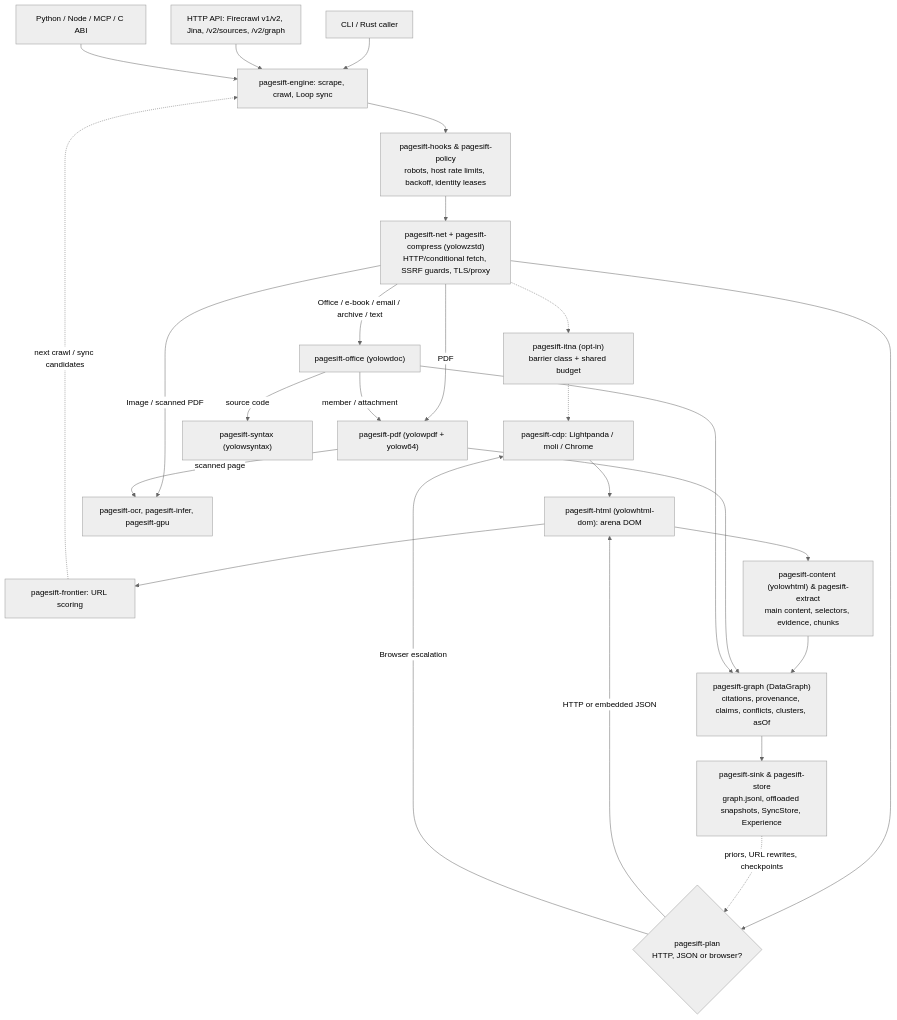
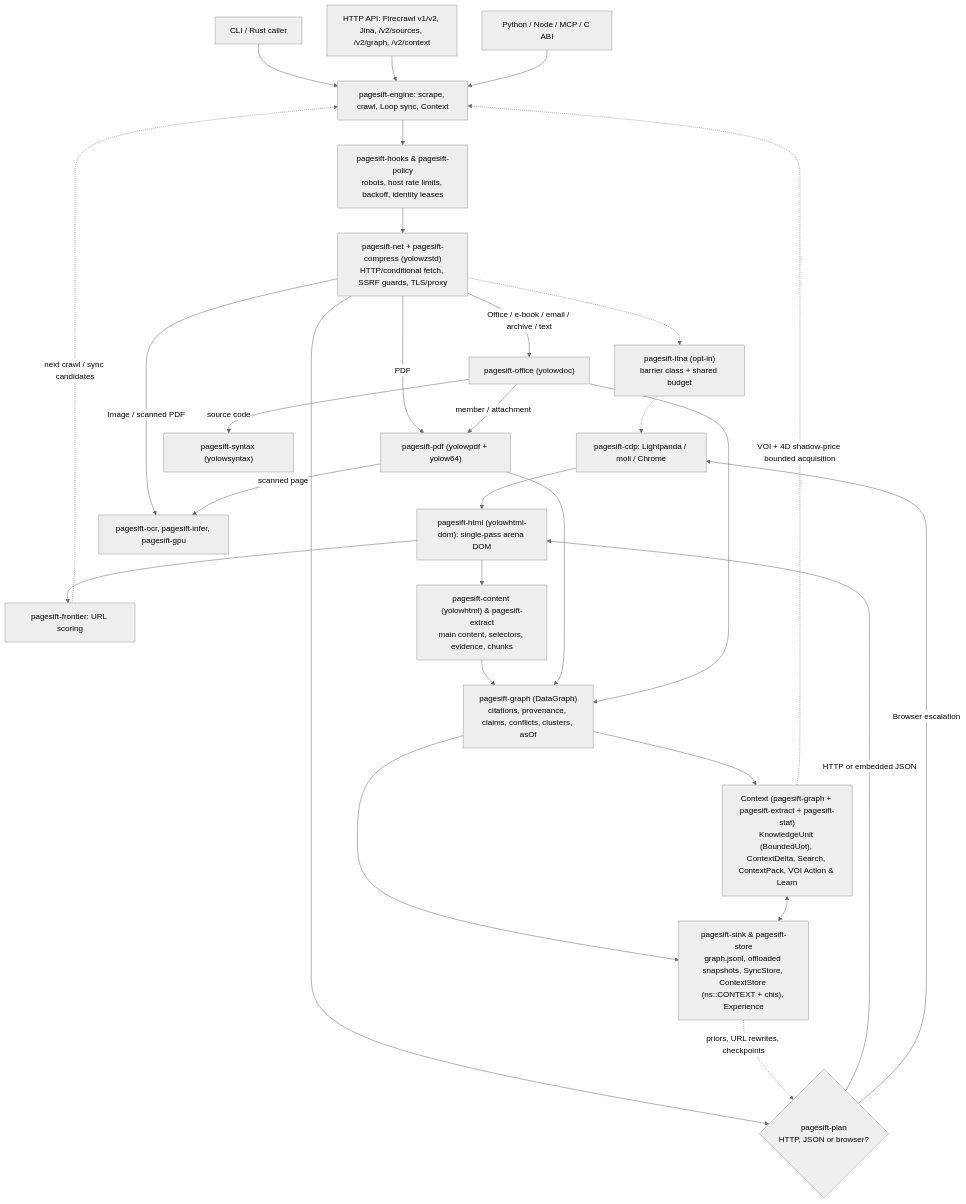
The first of 4 diagrams in README.md (YOLOW92/pagesift), drawn with Mermaid (neutral theme) before and after one commit. The commit also changed other lines of this file and 167 other files, not shown here.

````diff
--- a/README.md
+++ b/README.md
@@ -137,34 +143,37 @@
 ```mermaid
 flowchart TD
-    CLI["CLI / Rust caller"] --> Engine["pagesift-engine: scrape, crawl, Loop sync"]
-    HTTP["HTTP API: Firecrawl v1/v2, Jina, /v2/sources, /v2/graph"] --> Engine
+    CLI["CLI / Rust caller"] --> Engine["pagesift-engine: scrape, crawl, Loop sync, Context"]
+    HTTP["HTTP API: Firecrawl v1/v2, Jina, /v2/sources, /v2/graph, /v2/context"] --> Engine
     Bind["Python / Node / MCP / C ABI"] --> Engine
 
     Engine --> Policy["pagesift-hooks & pagesift-policy<br/>robots, host rate limits, backoff, identity leases"]
     Policy --> Net["pagesift-net + pagesift-compress (yolowzstd)<br/>HTTP/conditional fetch, SSRF guards, TLS/proxy"]
     Net -.-> ITNA["pagesift-itna (opt-in)<br/>barrier class + shared budget"]
     ITNA -.-> CDP
 
     Net --> Plan{"pagesift-plan<br/>HTTP, JSON or browser?"}
-    Plan -->|HTTP or embedded JSON| DOM["pagesift-html (yolowhtml-dom): arena DOM"]
+    Plan -->|HTTP or embedded JSON| DOM["pagesift-html (yolowhtml-dom): single-pass arena DOM"]
     Plan -->|Browser escalation| CDP["pagesift-cdp: Lightpanda / moli / Chrome"]
     CDP --> DOM
 
     Net -->|PDF| PDF["pagesift-pdf (yolowpdf + yolow64)"]
     Net -->|Office / e-book / email / archive / text| Office["pagesift-office (yolowdoc)"]
     Net -->|Image / scanned PDF| OCR["pagesift-ocr, pagesift-infer, pagesift-gpu"]
     Office -->|member / attachment| PDF
     Office -->|source code| Syntax["pagesift-syntax (yolowsyntax)"]
     PDF -->|scanned page| OCR
 
     DOM --> Frontier["pagesift-frontier: URL scoring"]
     Frontier -.->|next crawl / sync candidates| Engine
     DOM --> Content["pagesift-content (yolowhtml) & pagesift-extract<br/>main content, selectors, evidence, chunks"]
 
     Content --> Graph["pagesift-graph (DataGraph)<br/>citations, provenance, claims, conflicts, clusters, asOf"]
     PDF --> Graph
     Office --> Graph
 
-    Graph --> Out["pagesift-sink & pagesift-store<br/>graph.jsonl, offloaded snapshots, SyncStore, Experience"]
+    Graph --> Ctx["Context (pagesift-graph + pagesift-extract + pagesift-stat)<br/>KnowledgeUnit (BoundedUot), ContextDelta, Search, ContextPack, VOI Action & Learn"]
+    Graph --> Out["pagesift-sink & pagesift-store<br/>graph.jsonl, offloaded snapshots, SyncStore, ContextStore (ns::CONTEXT + chis), Experience"]
+    Ctx <--> Out
+    Ctx -.->|VOI + 4D shadow-price bounded acquisition| Engine
     Out -.->|priors, URL rewrites, checkpoints| Plan
 ```
````
